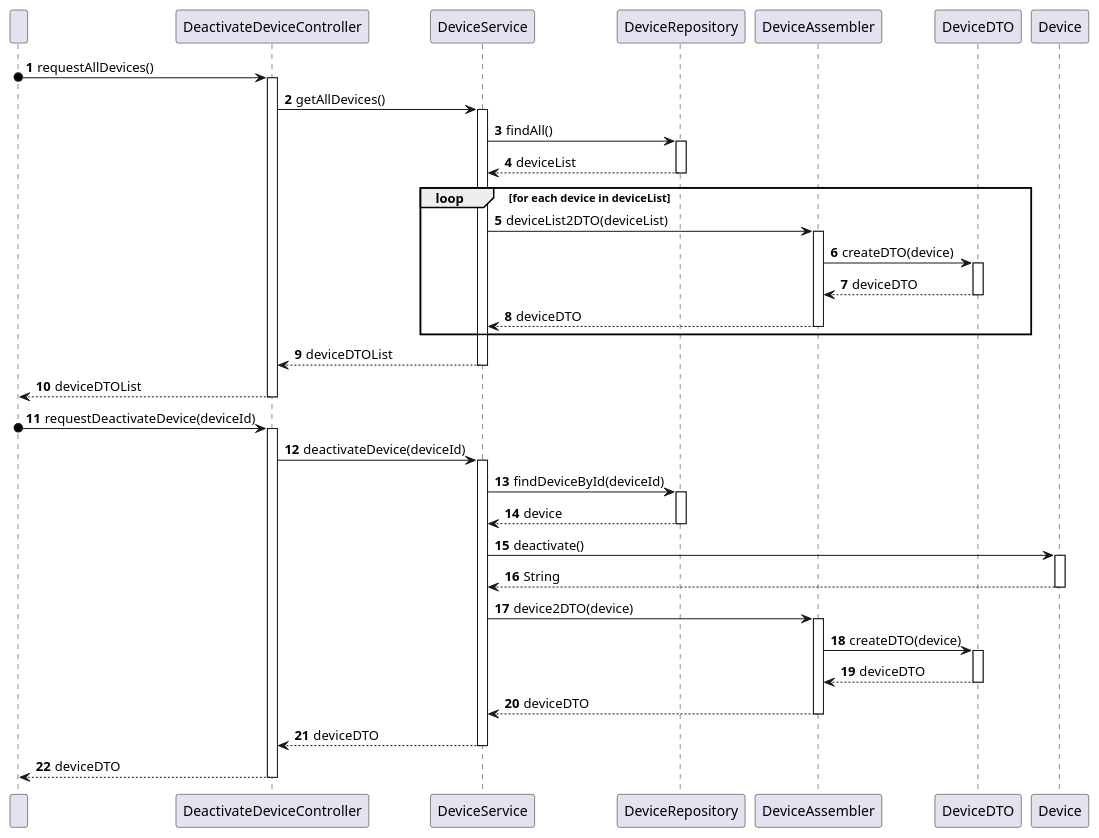
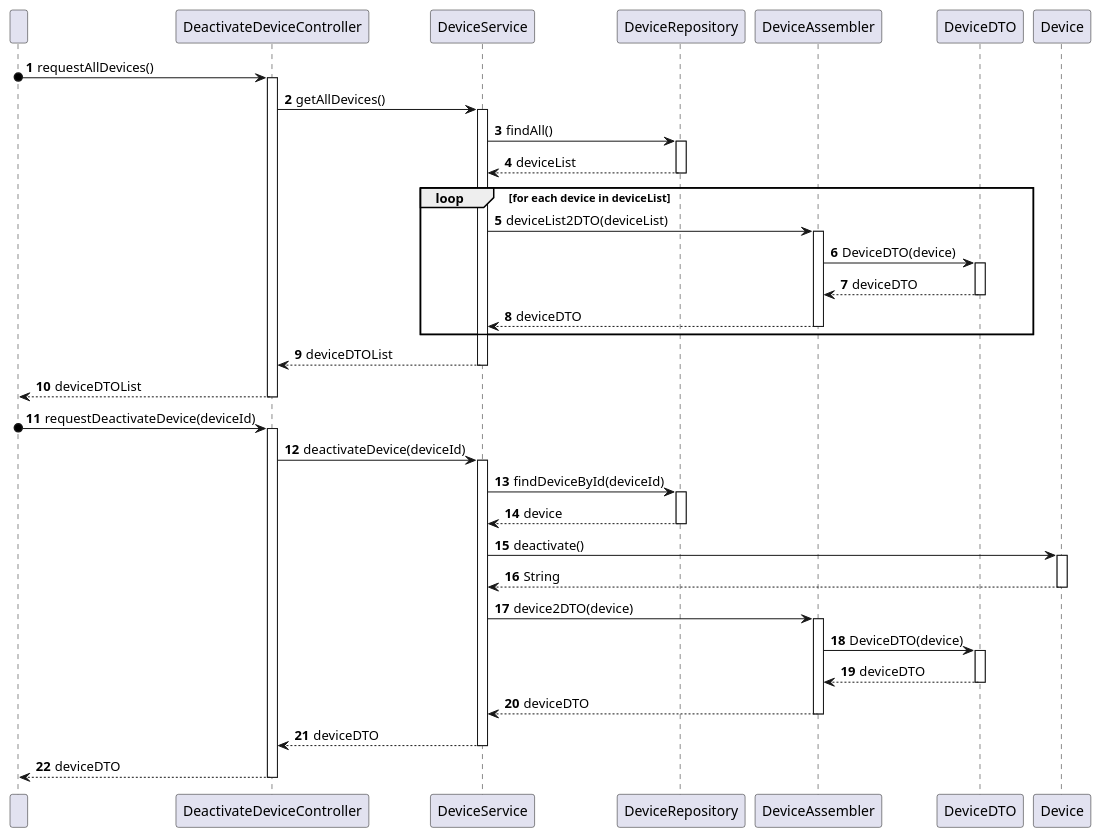
The diagram in docs/ood/sequenceDiagram/US08DeactivateDevice.puml (olivDiogo/SmartHome), drawn with PlantUML before and after one commit. The commit also changed 1 other file, not shown here.

Commit message:
Implement US08 CD and fixes DeviceDTO in SD, addresses #105 and fixes #110

```diff
--- a/docs/ood/sequenceDiagram/US08DeactivateDevice.puml
+++ b/docs/ood/sequenceDiagram/US08DeactivateDevice.puml
@@ -1,67 +1,67 @@
 @startuml
 'https://plantuml.com/sequence-diagram
 
 autonumber
 
     participant " " as User
     participant DeactivateDeviceController as Controller
     participant DeviceService as Service
     participant DeviceRepository as Repository
     participant DeviceAssembler as Assembler
     participant DeviceDTO as DTO
     participant Device as Device
 
 ' Request all devices
 
     User o-> Controller: requestAllDevices()
     activate Controller
     Controller -> Service: getAllDevices()
     activate Service
     Service -> Repository: findAll()
     activate Repository
     Repository --> Service: deviceList
     deactivate Repository
 
     loop for each device in deviceList
         Service -> Assembler: deviceList2DTO(deviceList)
         activate Assembler
-        Assembler -> DTO: createDTO(device)
+        Assembler -> DTO: DeviceDTO(device)
         activate DTO
         DTO --> Assembler: deviceDTO
         deactivate DTO
         Assembler --> Service: deviceDTO
         deactivate Assembler
     end
     Service --> Controller: deviceDTOList
     deactivate Service
     Controller --> User: deviceDTOList
     deactivate Controller
 
 ' Deactivate device
 
     User o-> Controller: requestDeactivateDevice(deviceId)
     activate Controller
     Controller -> Service: deactivateDevice(deviceId)
     activate Service
     Service -> Repository: findDeviceById(deviceId)
     activate Repository
     Repository --> Service: device
     deactivate Repository
     Service -> Device: deactivate()
     activate Device
     Device --> Service: String
     deactivate Device
     Service -> Assembler: device2DTO(device)
     activate Assembler
-    Assembler -> DTO: createDTO(device)
+    Assembler -> DTO: DeviceDTO(device)
     activate DTO
     DTO --> Assembler: deviceDTO
     deactivate DTO
     Assembler --> Service: deviceDTO
     deactivate Assembler
     Service --> Controller: deviceDTO
     deactivate Service
     Controller --> User: deviceDTO
     deactivate Controller
 
 @enduml
```
